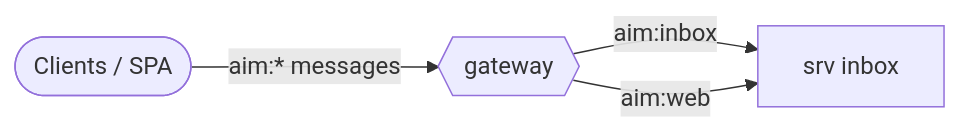
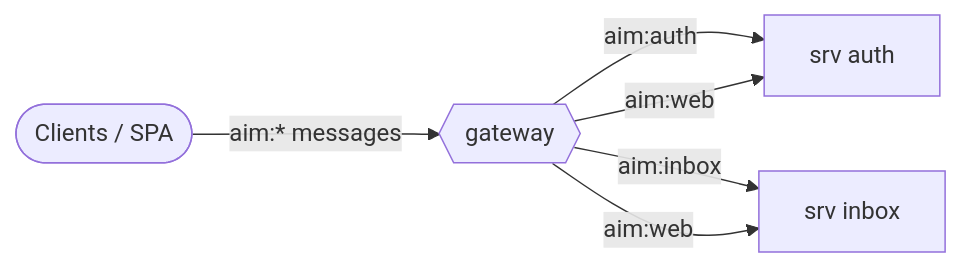
Before and after one commit to voxgig/repo-manager: the diagram in docs/reference/messages.md, drawn with Mermaid. The commit also changed other lines of this file and 33 other files, not shown here.

````diff
--- a/docs/reference/messages.md
+++ b/docs/reference/messages.md
@@ -11,9 +11,12 @@
 ```mermaid
 flowchart LR
   client([Clients / SPA])
   gateway{{gateway}}
   client -->|aim:* messages| gateway
+  auth[srv auth]
+  gateway -->|aim:auth| auth
+  gateway -->|aim:web| auth
   inbox[srv inbox]
   gateway -->|aim:inbox| inbox
   gateway -->|aim:web| inbox
 ```
````
